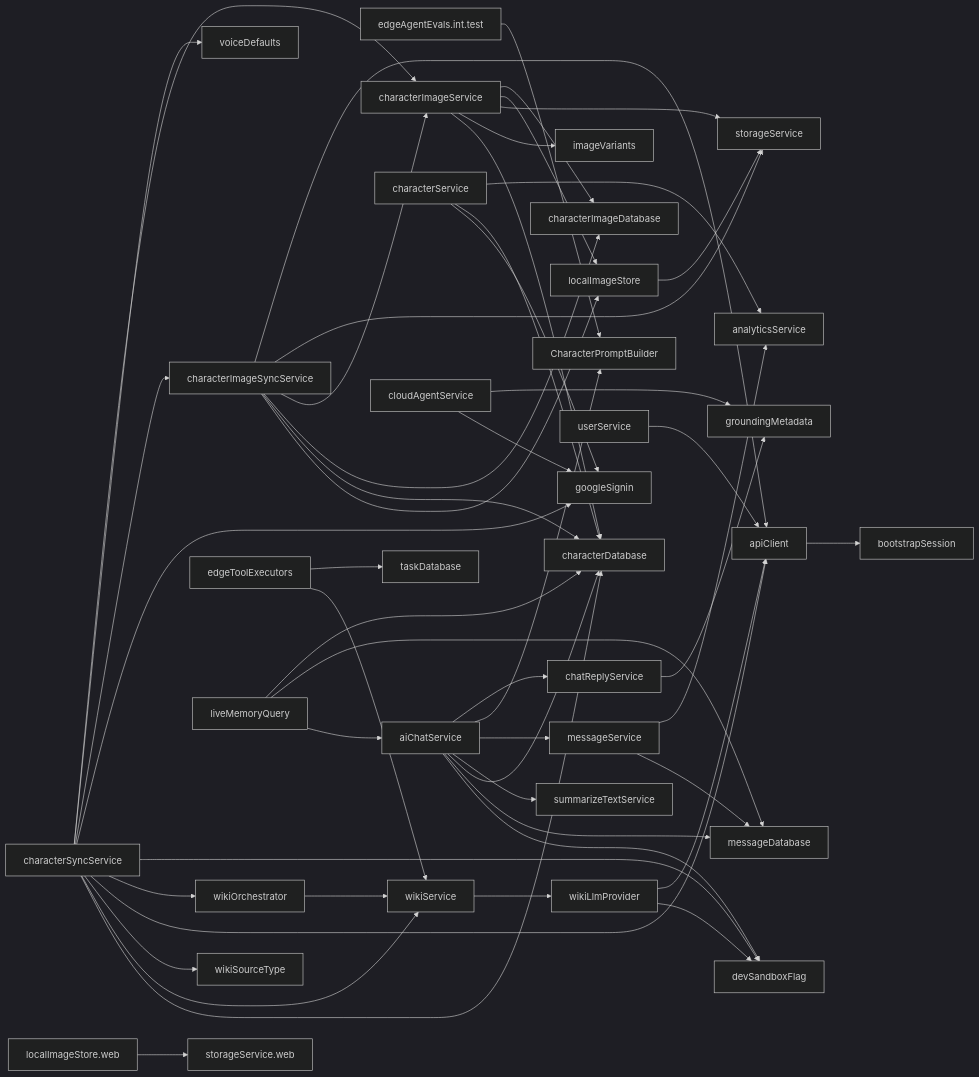
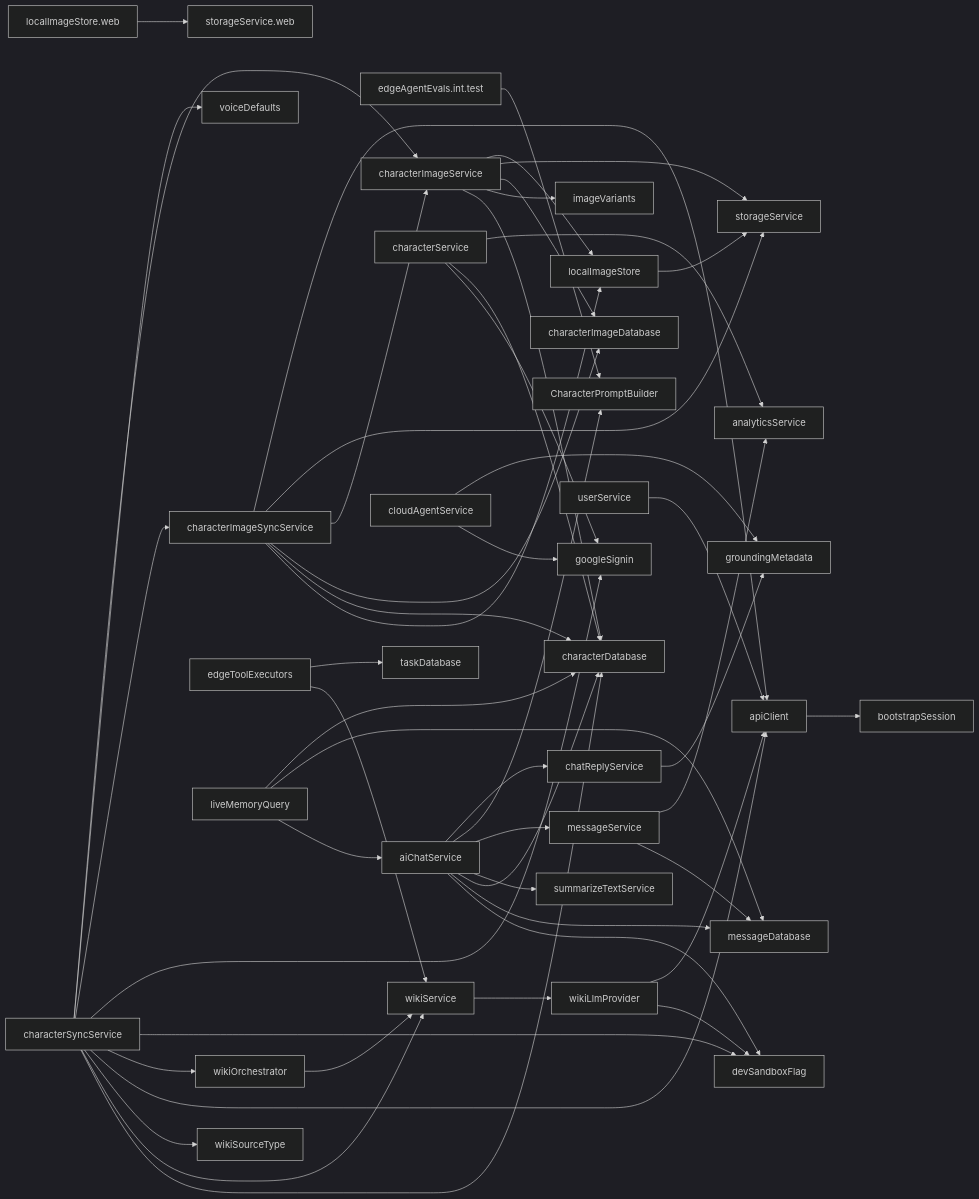
The diagram in docs/flowcharts/SERVICES.md (equationalapplications/clanker), drawn with Mermaid (dark theme) before and after one commit. The commit also changed other lines of this file and 6 other files, not shown here.

````diff
--- a/docs/flowcharts/SERVICES.md
+++ b/docs/flowcharts/SERVICES.md
@@ -4,53 +4,53 @@
 ```mermaid
 graph LR
   edgeAgentEvals.int.test --> CharacterPromptBuilder
   aiChatService --> devSandboxFlag
   aiChatService --> messageDatabase
   aiChatService --> characterDatabase
   aiChatService --> summarizeTextService
   aiChatService --> messageService
   aiChatService --> CharacterPromptBuilder
   aiChatService --> chatReplyService
   apiClient --> bootstrapSession
   characterImageService --> characterDatabase
   characterImageService --> imageVariants
+  characterImageService --> characterImageDatabase
   characterImageService --> storageService
   characterImageService --> localImageStore
-  characterImageService --> characterImageDatabase
   characterImageSyncService --> localImageStore
   characterImageSyncService --> characterDatabase
   characterImageSyncService --> characterImageDatabase
   characterImageSyncService --> characterImageService
   characterImageSyncService --> storageService
   characterImageSyncService --> apiClient
   characterService --> googleSignin
   characterService --> characterDatabase
   characterService --> analyticsService
   characterSyncService --> characterDatabase
   characterSyncService --> wikiService
   characterSyncService --> wikiSourceType
   characterSyncService --> apiClient
   characterSyncService --> wikiOrchestrator
   characterSyncService --> devSandboxFlag
   characterSyncService --> googleSignin
   characterSyncService --> characterImageSyncService
   characterSyncService --> voiceDefaults
   characterSyncService --> characterImageService
   chatReplyService --> groundingMetadata
   cloudAgentService --> googleSignin
   cloudAgentService --> groundingMetadata
   edgeToolExecutors --> wikiService
   edgeToolExecutors --> taskDatabase
   liveMemoryQuery --> aiChatService
   liveMemoryQuery --> messageDatabase
   liveMemoryQuery --> characterDatabase
   localImageStore --> storageService
   localImageStore.web --> storageService.web
   messageService --> messageDatabase
   messageService --> analyticsService
   userService --> apiClient
   wikiLlmProvider --> devSandboxFlag
   wikiLlmProvider --> apiClient
   wikiOrchestrator --> wikiService
   wikiService --> wikiLlmProvider
 ```
````
